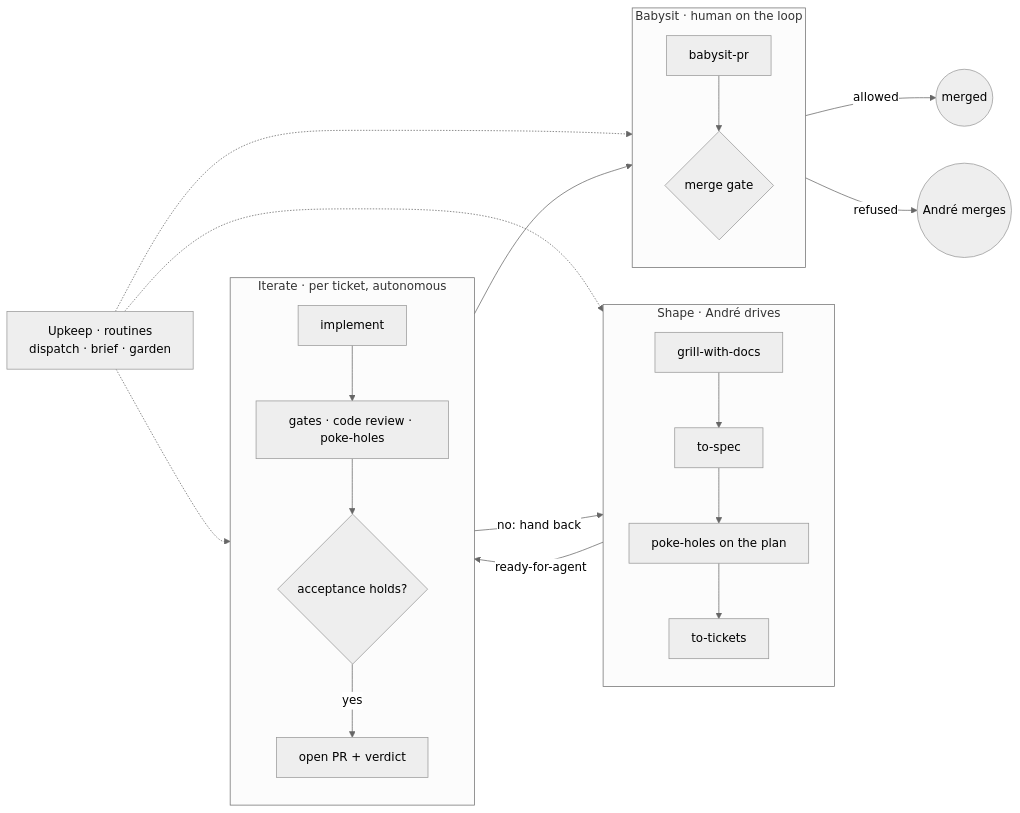
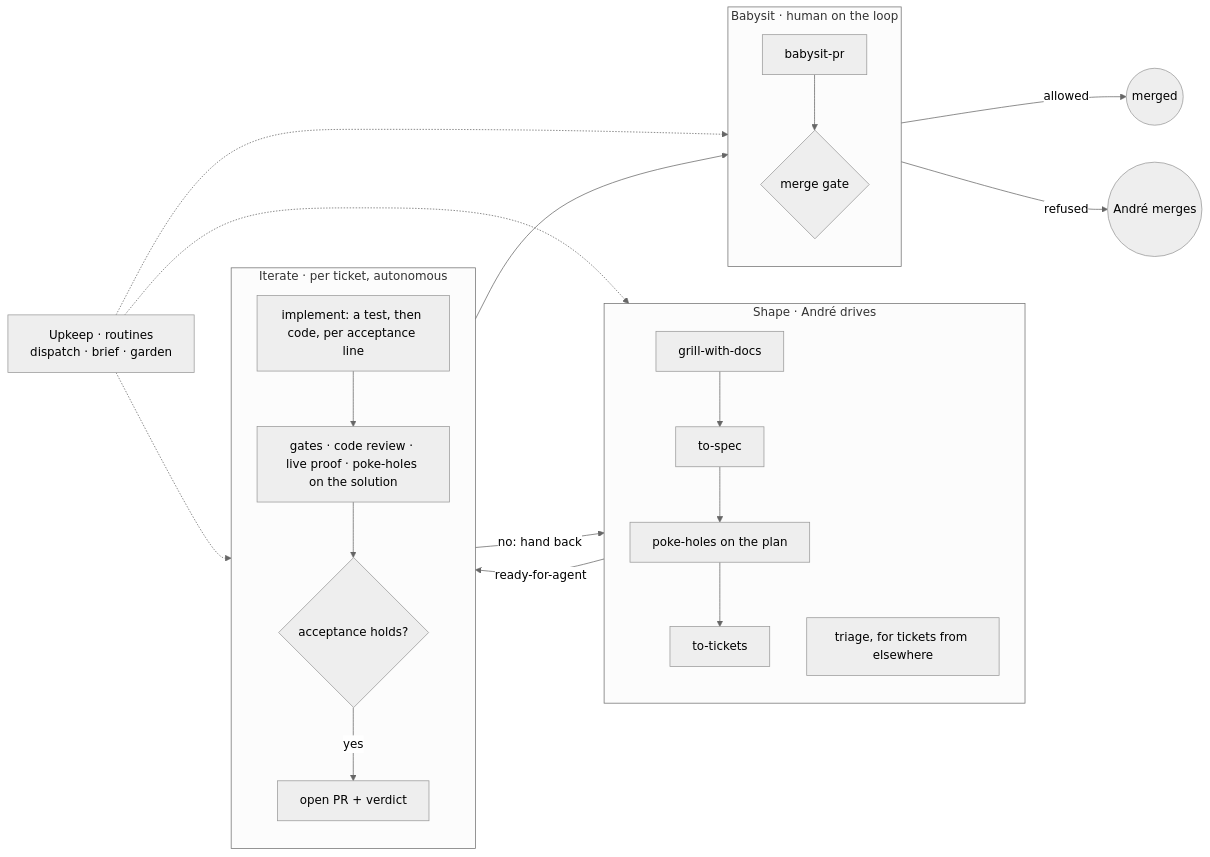
One commit to andrezzoid/config changed the first of 3 diagrams in docs/factory/DESIGN.md. Above: the diagram before and after it, drawn with Mermaid (neutral theme). The commit also changed other lines of this file and 2 other files, not shown here.

First line of the commit message:
Rework DESIGN.md around acceptance and fix its sequence diagram

````diff
--- a/docs/factory/DESIGN.md
+++ b/docs/factory/DESIGN.md
@@ -12,24 +12,25 @@
 ```mermaid
 flowchart LR
   subgraph Shape["Shape · André drives"]
     direction TB
     G[grill-with-docs] --> S[to-spec] --> P1[poke-holes on the plan] --> T[to-tickets]
+    TR[triage, for tickets from elsewhere]
   end
   subgraph Iterate["Iterate · per ticket, autonomous"]
     direction TB
-    I[implement] --> V[gates · code review · poke-holes] --> D{acceptance holds?}
+    I[implement: a test, then code, per acceptance line] --> V[gates · code review · live proof · poke-holes on the solution] --> D{acceptance holds?}
     D -- yes --> PR[open PR + verdict]
   end
   subgraph Babysit["Babysit · human on the loop"]
     direction TB
     B[babysit-pr] --> M{merge gate}
   end
   Shape -- "ready-for-agent" --> Iterate
   D -- "no: hand back" --> Shape
   PR --> Babysit
   M -- "allowed" --> Merged((merged))
   M -- "refused" --> Human((André merges))
   Upkeep["Upkeep · routines<br/>dispatch · brief · garden"] -.-> Shape
   Upkeep -.-> Iterate
   Upkeep -.-> Babysit
 ```
````
